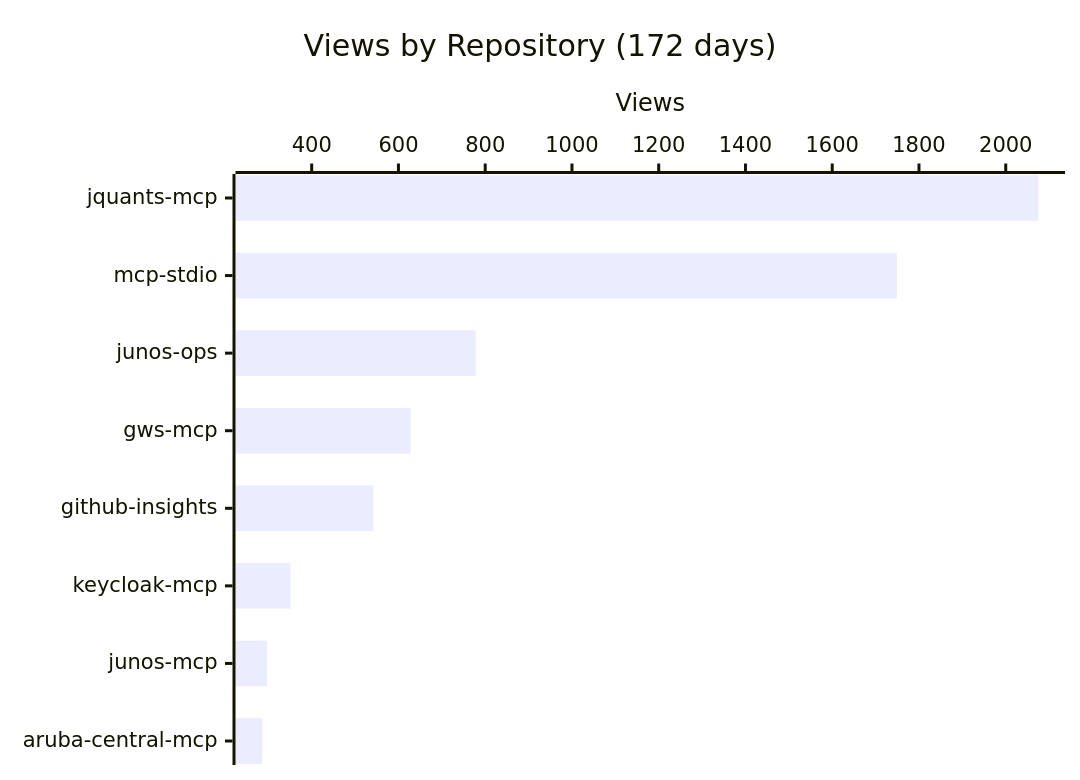
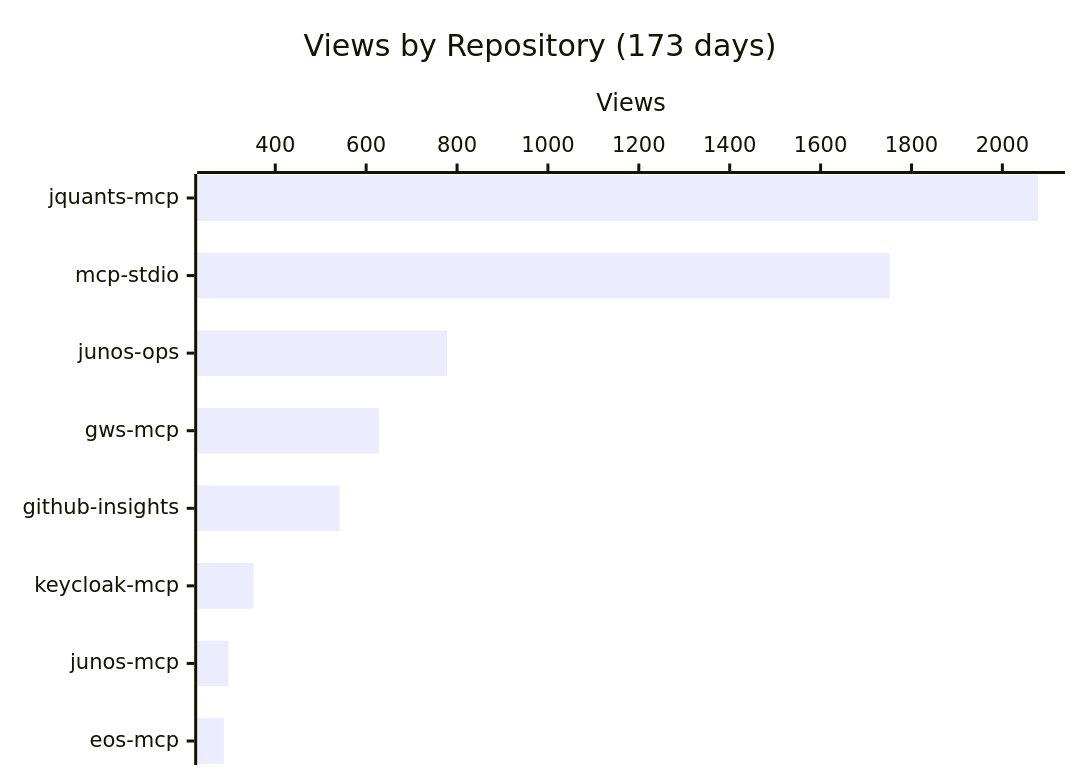
Before and after one commit to shigechika/github-insights: the first of 4 diagrams in README.md, drawn with Mermaid. The commit also changed other lines of this file and 2 other files, not shown here.

````diff
--- a/README.md
+++ b/README.md
@@ -18,7 +18,7 @@
 ```mermaid
 xychart-beta horizontal
-    title "Views by Repository (172 days)"
-    x-axis ["jquants-mcp", "mcp-stdio", "junos-ops", "gws-mcp", "github-insights", "keycloak-mcp", "junos-mcp", "aruba-central-mcp"]
+    title "Views by Repository (173 days)"
+    x-axis ["jquants-mcp", "mcp-stdio", "junos-ops", "gws-mcp", "github-insights", "keycloak-mcp", "junos-mcp", "eos-mcp"]
     y-axis "Views"
-    bar [2075, 1749, 778, 628, 542, 351, 297, 286]
+    bar [2079, 1752, 778, 628, 542, 352, 297, 287]
 ```
````
